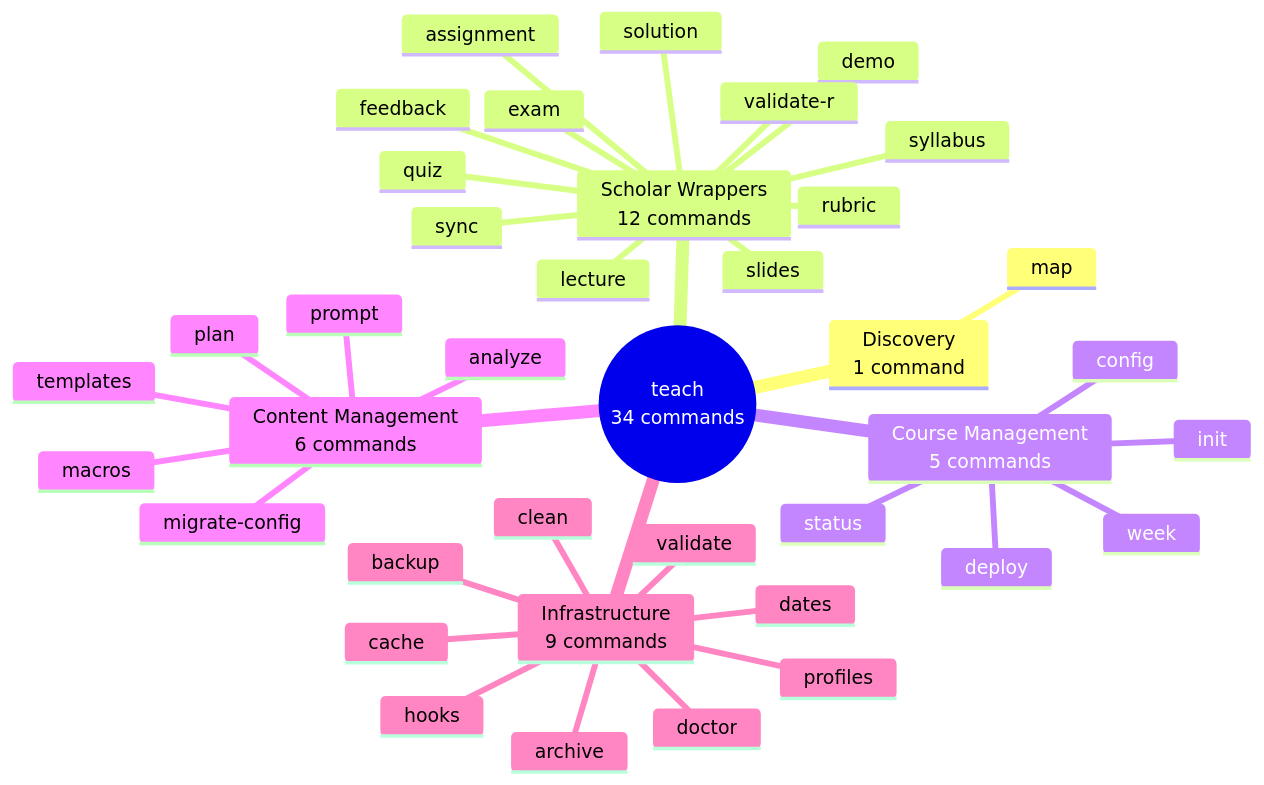
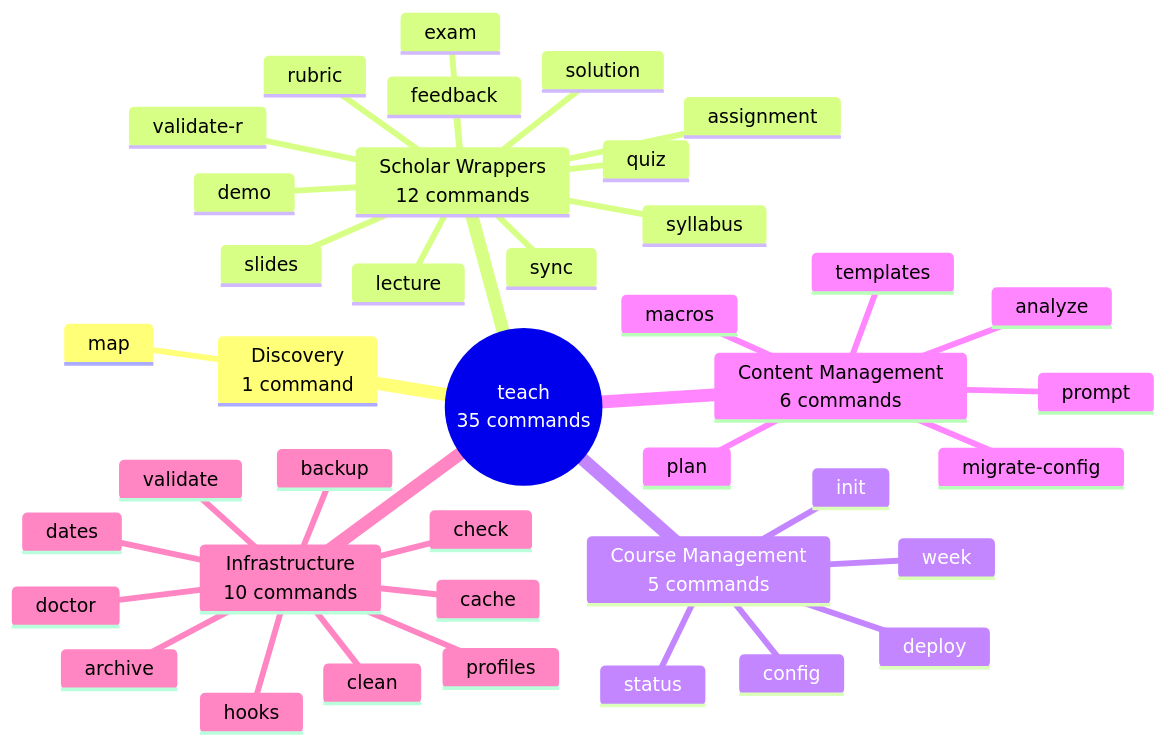
The diagram in docs/reference/REFCARD-TEACH-DISPATCHER.md (Data-Wise/flow-cli), drawn with Mermaid before and after one commit. The commit also changed other lines of this file and 8 other files, not shown here.

First line of the commit message:
feat(teach): add teach check cross-tool validation summary (#359)

````diff
--- a/docs/reference/REFCARD-TEACH-DISPATCHER.md
+++ b/docs/reference/REFCARD-TEACH-DISPATCHER.md
@@ -9,42 +9,43 @@
 ```mermaid
 mindmap
-  root((teach<br/>34 commands))
+  root((teach<br/>35 commands))
     Discovery<br/>1 command
       map
     Scholar Wrappers<br/>12 commands
       lecture
       slides
       exam
       quiz
       assignment
       syllabus
       rubric
       feedback
       demo
       solution
       sync
       validate-r
     Course Management<br/>5 commands
       init
       deploy
       config
       status
       week
     Content Management<br/>6 commands
       plan
       templates
       macros
       prompt
       analyze
       migrate-config
-    Infrastructure<br/>9 commands
+    Infrastructure<br/>10 commands
       doctor
+      check
       validate
       dates
       cache
       clean
       backup
       archive
       hooks
       profiles
 ```
````
